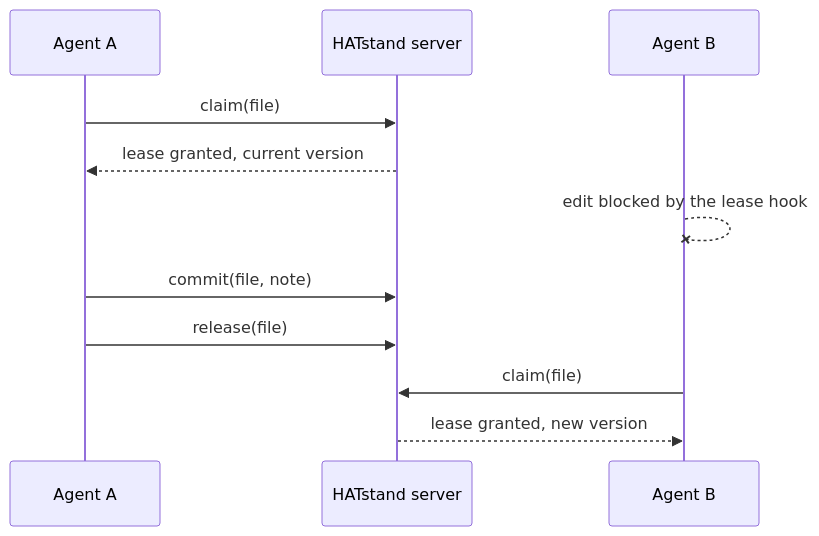
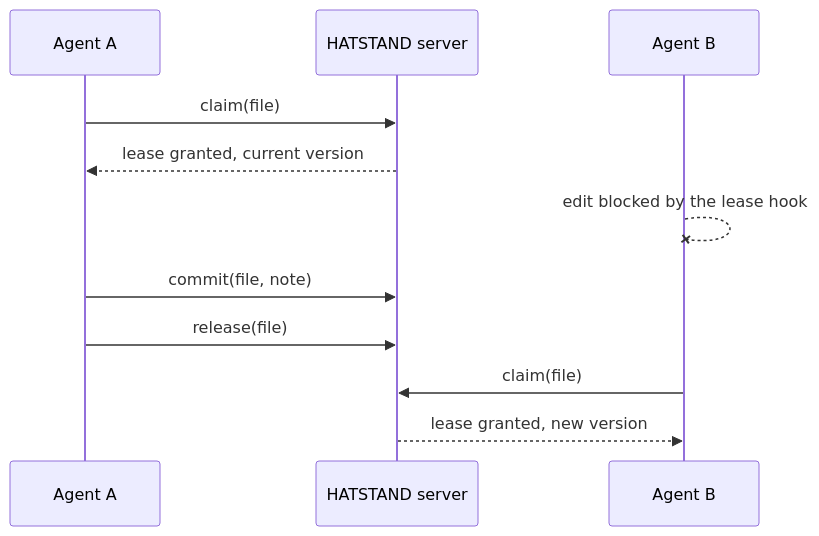
Before and after one commit to Braindono/hatstand: the third of 4 diagrams in README.md, drawn with Mermaid. The commit also changed other lines of this file, not shown here.

Commit message:
README: the name is written HATSTAND

````diff
--- a/README.md
+++ b/README.md
@@ -92,13 +92,13 @@
 ```mermaid
 sequenceDiagram
   participant A as Agent A
-  participant S as HATstand server
+  participant S as HATSTAND server
   participant B as Agent B
   A->>S: claim(file)
   S-->>A: lease granted, current version
   B--xB: edit blocked by the lease hook
   A->>S: commit(file, note)
   A->>S: release(file)
   B->>S: claim(file)
   S-->>B: lease granted, new version
 ```
````
